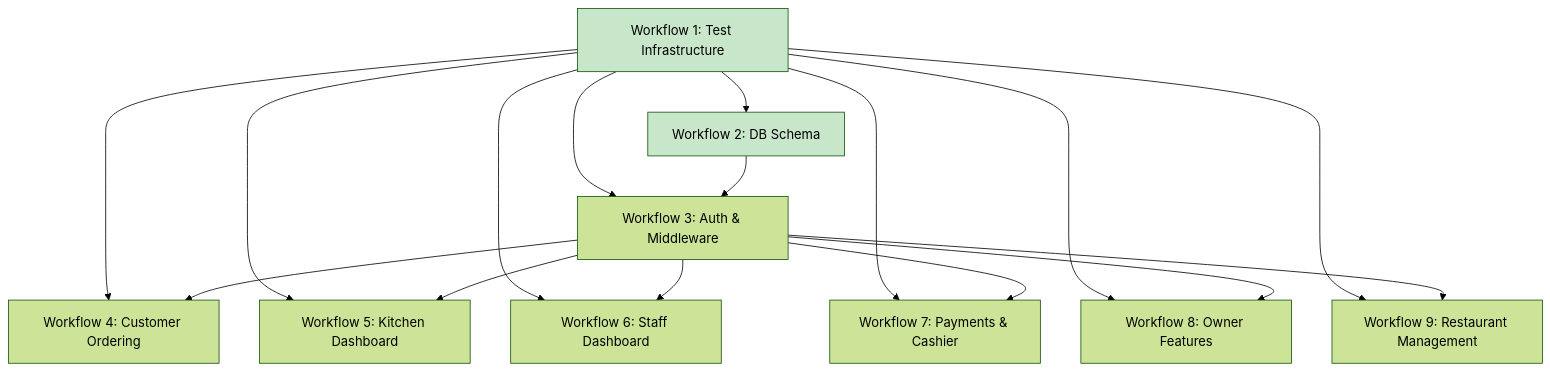
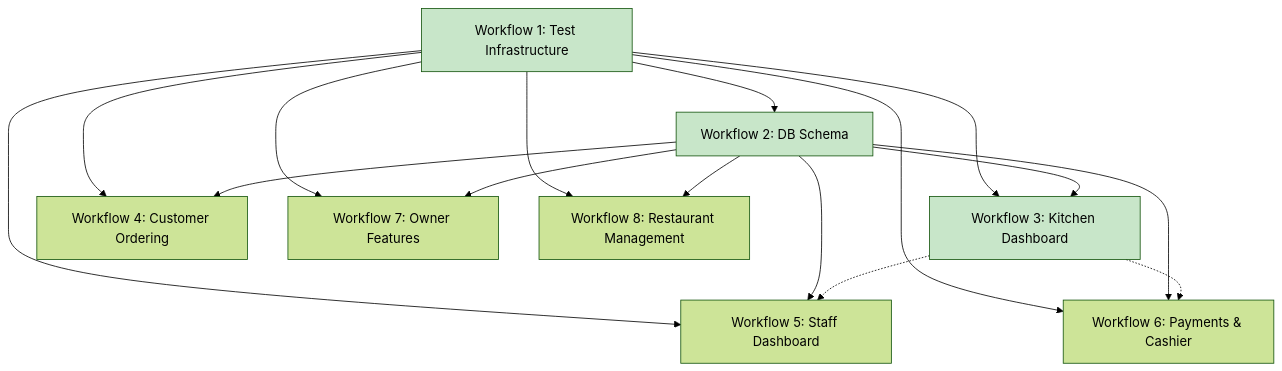
The diagram in docs/workflow.md (vibe-code-tours/team-06-app), drawn with Mermaid (forest theme) before and after one commit. The commit also changed other lines of this file and 1 other file, not shown here.

Commit message:
docs: add kitchen dashboard workflow documentation

````diff
--- a/docs/workflow.md
+++ b/docs/workflow.md
@@ -14,22 +15,24 @@
 ```mermaid
 graph TD
     W1[Workflow 1: Test Infrastructure] --> W2[Workflow 2: DB Schema]
-    W1 --> W3[Workflow 3: Auth & Middleware]
+    W1 --> W3[Workflow 3: Kitchen Dashboard]
     W1 --> W4[Workflow 4: Customer Ordering]
-    W1 --> W5[Workflow 5: Kitchen Dashboard]
-    W1 --> W6[Workflow 6: Staff Dashboard]
-    W1 --> W7[Workflow 7: Payments & Cashier]
-    W1 --> W8[Workflow 8: Owner Features]
-    W1 --> W9[Workflow 9: Restaurant Management]
+    W1 --> W5[Workflow 5: Staff Dashboard]
+    W1 --> W6[Workflow 6: Payments & Cashier]
+    W1 --> W7[Workflow 7: Owner Features]
+    W1 --> W8[Workflow 8: Restaurant Management]
 
     W2 --> W3
-    W3 --> W4
-    W3 --> W5
-    W3 --> W6
-    W3 --> W7
-    W3 --> W8
-    W3 --> W9
+    W2 --> W4
+    W2 --> W5
+    W2 --> W6
+    W2 --> W7
+    W2 --> W8
+
+    W3 -.-> W5
+    W3 -.-> W6
 
     style W1 fill:#c8e6c9
     style W2 fill:#c8e6c9
+    style W3 fill:#c8e6c9
 ```
````
